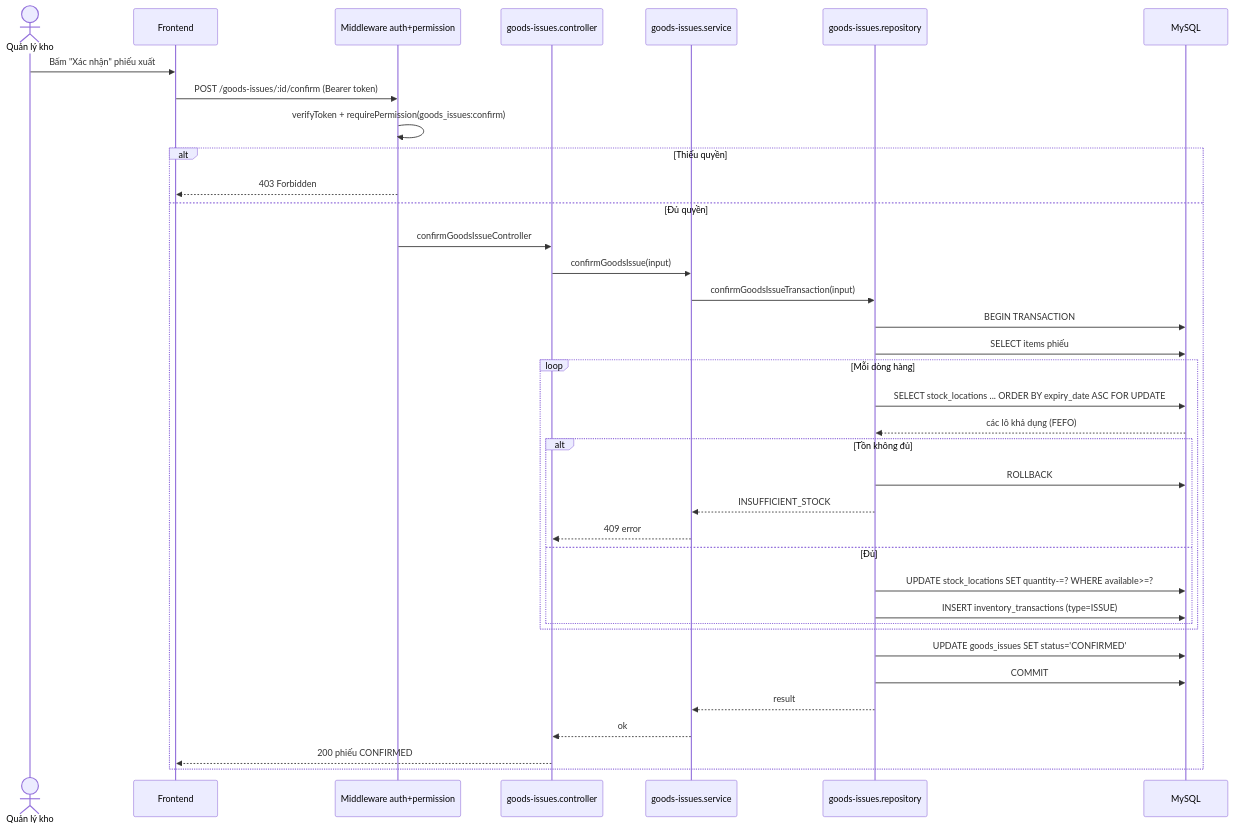
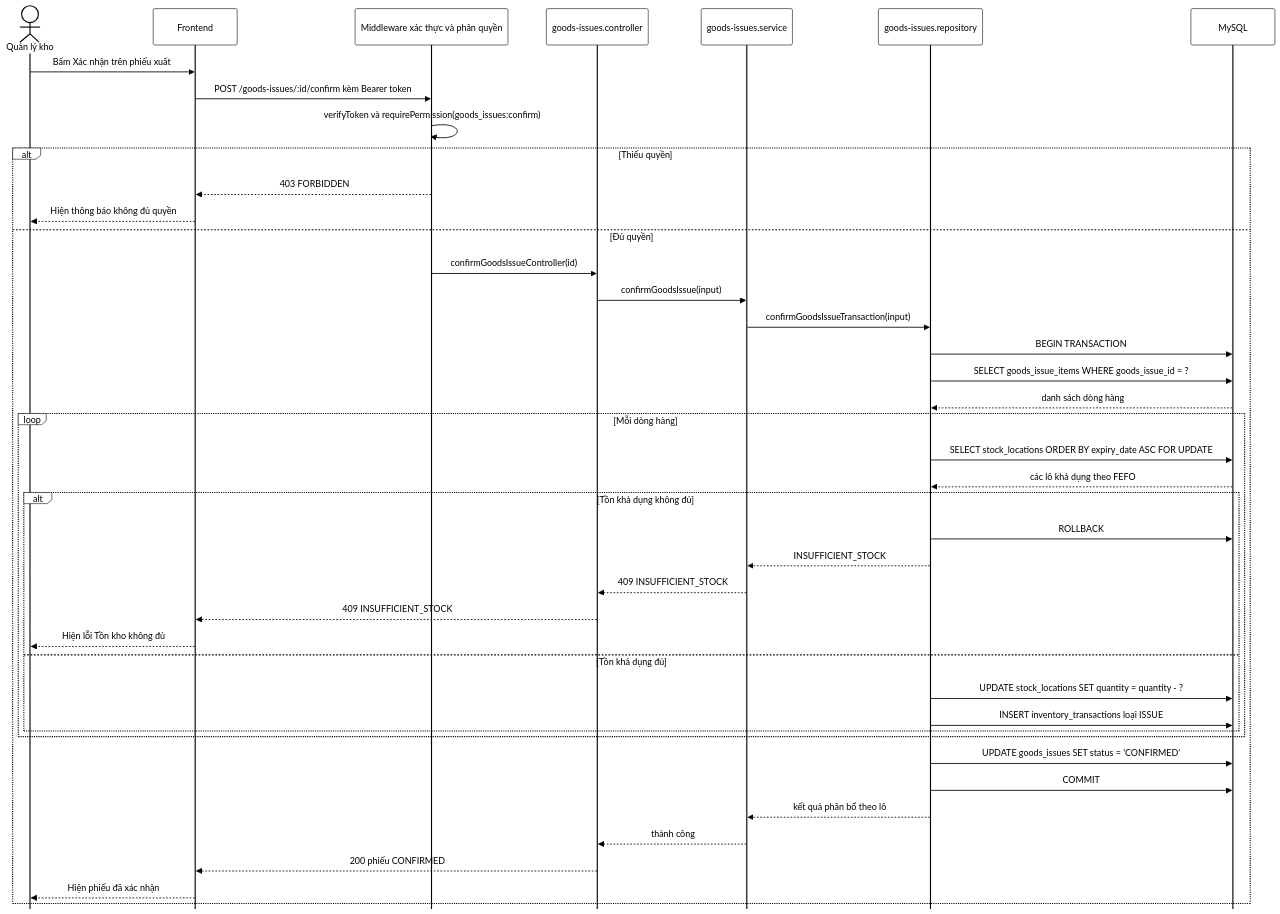
Before and after one commit to nguyenthihongnhu-dotcom/luanvan2026: diagram 18 of 54 in THIET_KE_HE_THONG.md, drawn with Mermaid. The commit also changed other lines of this file and 170 other files, not shown here.

````diff
--- a/THIET_KE_HE_THONG.md
+++ b/THIET_KE_HE_THONG.md
@@ -766,40 +1253,84 @@
 ```mermaid
+%%{init: {
+  'theme': 'base',
+  'themeVariables': {
+    'primaryColor': '#ffffff',
+    'primaryBorderColor': '#000000',
+    'primaryTextColor': '#000000',
+    'secondaryColor': '#ffffff',
+    'secondaryBorderColor': '#000000',
+    'secondaryTextColor': '#000000',
+    'tertiaryColor': '#ffffff',
+    'tertiaryBorderColor': '#000000',
+    'tertiaryTextColor': '#000000',
+    'lineColor': '#000000',
+    'textColor': '#000000',
+    'mainBkg': '#ffffff',
+    'nodeBorder': '#000000',
+    'clusterBkg': '#ffffff',
+    'clusterBorder': '#000000',
+    'edgeLabelBackground': '#ffffff',
+    'fontSize': '14px',
+    'actorBkg': '#ffffff',
+    'actorBorder': '#000000',
+    'actorTextColor': '#000000',
+    'actorLineColor': '#000000',
+    'signalColor': '#000000',
+    'signalTextColor': '#000000',
+    'labelBoxBkgColor': '#ffffff',
+    'labelBoxBorderColor': '#000000',
+    'labelTextColor': '#000000',
+    'loopTextColor': '#000000',
+    'noteBkgColor': '#ffffff',
+    'noteBorderColor': '#000000',
+    'noteTextColor': '#000000',
+    'activationBkgColor': '#ffffff',
+    'activationBorderColor': '#000000',
+    'altBackground': '#ffffff'
+  },
+  'sequence': { 'mirrorActors': false, 'messageMargin': 40, 'boxMargin': 10, 'useMaxWidth': false }
+}}%%
 sequenceDiagram
     actor M as Quản lý kho
     participant FE as Frontend
-    participant MW as Middleware auth+permission
+    participant MW as Middleware xác thực và phân quyền
     participant C as goods-issues.controller
     participant S as goods-issues.service
     participant Repo as goods-issues.repository
     participant DB as MySQL
 
-    M->>FE: Bấm "Xác nhận" phiếu xuất
-    FE->>MW: POST /goods-issues/:id/confirm (Bearer token)
-    MW->>MW: verifyToken + requirePermission(goods_issues:confirm)
+    M->>FE: Bấm Xác nhận trên phiếu xuất
+    FE->>MW: POST /goods-issues/:id/confirm kèm Bearer token
+    MW->>MW: verifyToken và requirePermission(goods_issues:confirm)
     alt Thiếu quyền
-        MW-->>FE: 403 Forbidden
+        MW-->>FE: 403 FORBIDDEN
+        FE-->>M: Hiện thông báo không đủ quyền
     else Đủ quyền
-        MW->>C: confirmGoodsIssueController
+        MW->>C: confirmGoodsIssueController(id)
         C->>S: confirmGoodsIssue(input)
         S->>Repo: confirmGoodsIssueTransaction(input)
         Repo->>DB: BEGIN TRANSACTION
-        Repo->>DB: SELECT items phiếu
+        Repo->>DB: SELECT goods_issue_items WHERE goods_issue_id = ?
+        DB-->>Repo: danh sách dòng hàng
         loop Mỗi dòng hàng
-            Repo->>DB: SELECT stock_locations ... ORDER BY expiry_date ASC FOR UPDATE
-            DB-->>Repo: các lô khả dụng (FEFO)
-            alt Tồn không đủ
+            Repo->>DB: SELECT stock_locations ORDER BY expiry_date ASC FOR UPDATE
+            DB-->>Repo: các lô khả dụng theo FEFO
+            alt Tồn khả dụng không đủ
                 Repo->>DB: ROLLBACK
                 Repo-->>S: INSUFFICIENT_STOCK
-                S-->>C: 409 error
-            else Đủ
-                Repo->>DB: UPDATE stock_locations SET quantity-=? WHERE available>=?
-                Repo->>DB: INSERT inventory_transactions (type=ISSUE)
+                S-->>C: 409 INSUFFICIENT_STOCK
+                C-->>FE: 409 INSUFFICIENT_STOCK
+                FE-->>M: Hiện lỗi Tồn kho không đủ
+            else Tồn khả dụng đủ
+                Repo->>DB: UPDATE stock_locations SET quantity = quantity - ?
+                Repo->>DB: INSERT inventory_transactions loại ISSUE
             end
         end
-        Repo->>DB: UPDATE goods_issues SET status='CONFIRMED'
+        Repo->>DB: UPDATE goods_issues SET status = 'CONFIRMED'
         Repo->>DB: COMMIT
-        Repo-->>S: result
-        S-->>C: ok
+        Repo-->>S: kết quả phân bổ theo lô
+        S-->>C: thành công
         C-->>FE: 200 phiếu CONFIRMED
+        FE-->>M: Hiện phiếu đã xác nhận
     end
 ```
````
